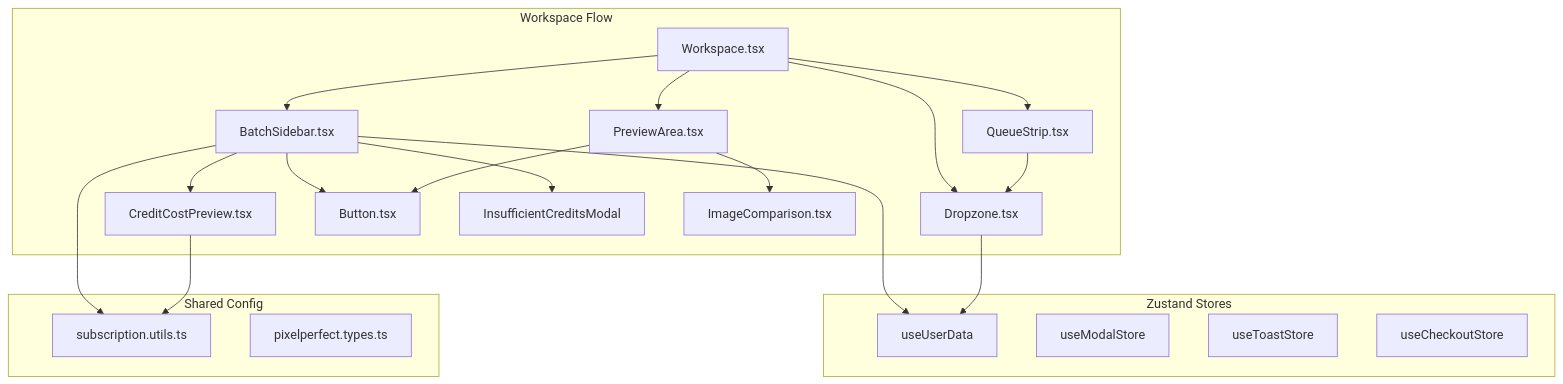
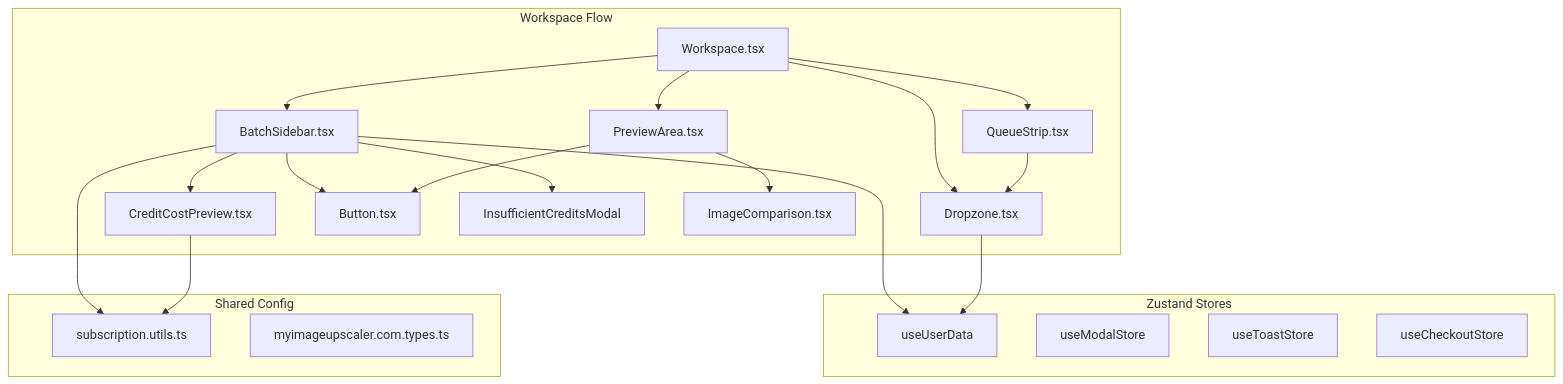
One commit to jonit-dev/pixelperfect changed the first of 3 diagrams in docs/PRDs/done/pixelperfect-components-refactoring.md. Above: the diagram before and after it, drawn with Mermaid. The commit also changed other lines of this file and 120 other files, not shown here.

````diff
--- a/docs/PRDs/done/pixelperfect-components-refactoring.md
+++ b/docs/PRDs/done/pixelperfect-components-refactoring.md
@@ -32,35 +32,35 @@
 ```mermaid
 graph TD
     subgraph Workspace["Workspace Flow"]
         WS[Workspace.tsx] --> BS[BatchSidebar.tsx]
         WS --> PA[PreviewArea.tsx]
         WS --> QS[QueueStrip.tsx]
         WS --> DZ[Dropzone.tsx]
 
         BS --> CCP[CreditCostPreview.tsx]
         BS --> BTN[Button.tsx]
         BS --> ICM[InsufficientCreditsModal]
 
         PA --> IC[ImageComparison.tsx]
         PA --> BTN
 
         QS --> DZ
     end
 
     subgraph Stores["Zustand Stores"]
         US[useUserData]
         MS[useModalStore]
         TS[useToastStore]
         CS[useCheckoutStore]
     end
 
     subgraph Shared["Shared Config"]
         SU[subscription.utils.ts]
-        PT[pixelperfect.types.ts]
+        PT[myimageupscaler.com.types.ts]
     end
 
     BS --> US
     BS --> SU
     DZ --> US
     CCP --> SU
 ```
````
